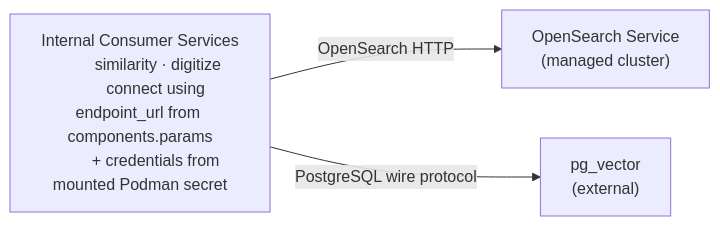
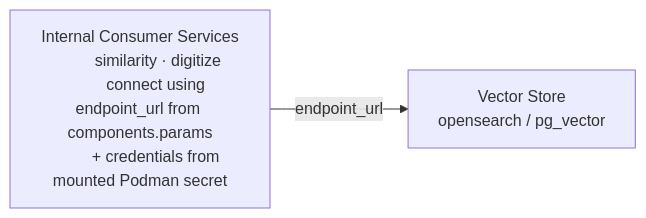
Before and after one commit to IBM/project-ai-services: the second of 3 diagrams in docs/proposals/catalog/vector-store-connectors-proposal.md, drawn with Mermaid.

Commit message:
Architecture diagram update

````diff
--- a/docs/proposals/catalog/vector-store-connectors-proposal.md
+++ b/docs/proposals/catalog/vector-store-connectors-proposal.md
@@ -124,13 +124,10 @@
 ```mermaid
 flowchart LR
     CS["Internal Consumer Services
         similarity · digitize
         connect using endpoint_url from components.params
         + credentials from mounted Podman secret"]
 
-    CS -->|"OpenSearch HTTP"| RO["OpenSearch Service
-                                   (managed cluster)"]
-
-    CS -->|"PostgreSQL wire protocol"| RP["pg_vector
-                                           (external)"]
+    CS -->|"endpoint_url"| VS["Vector Store
+                                opensearch / pg_vector"]
 ```
````
